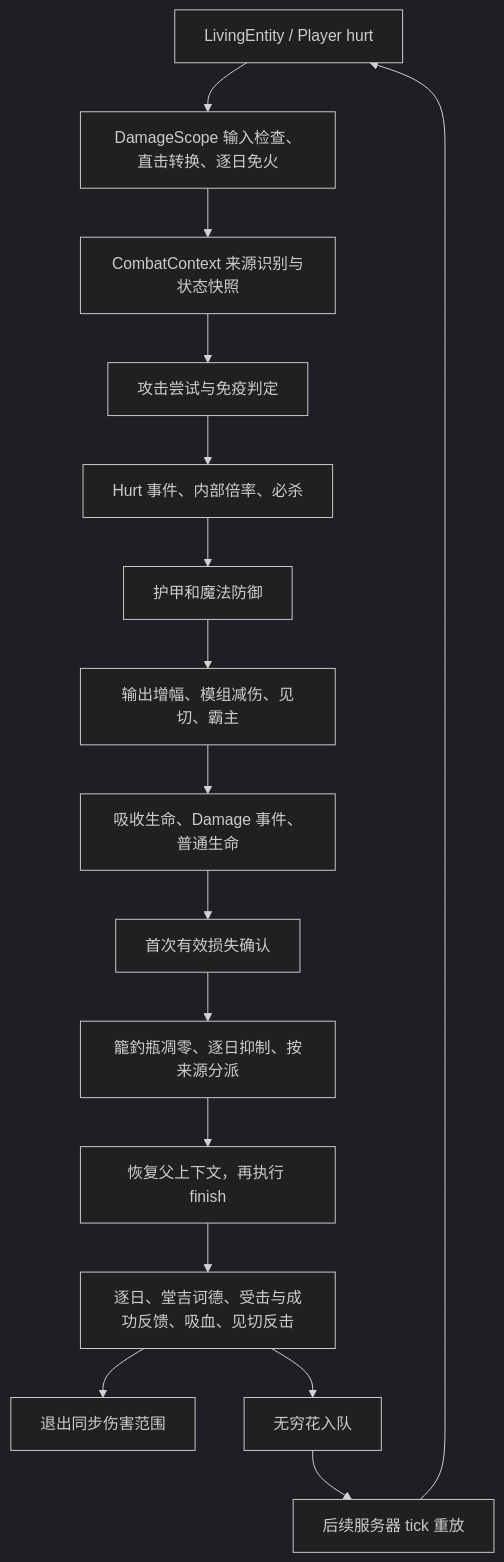
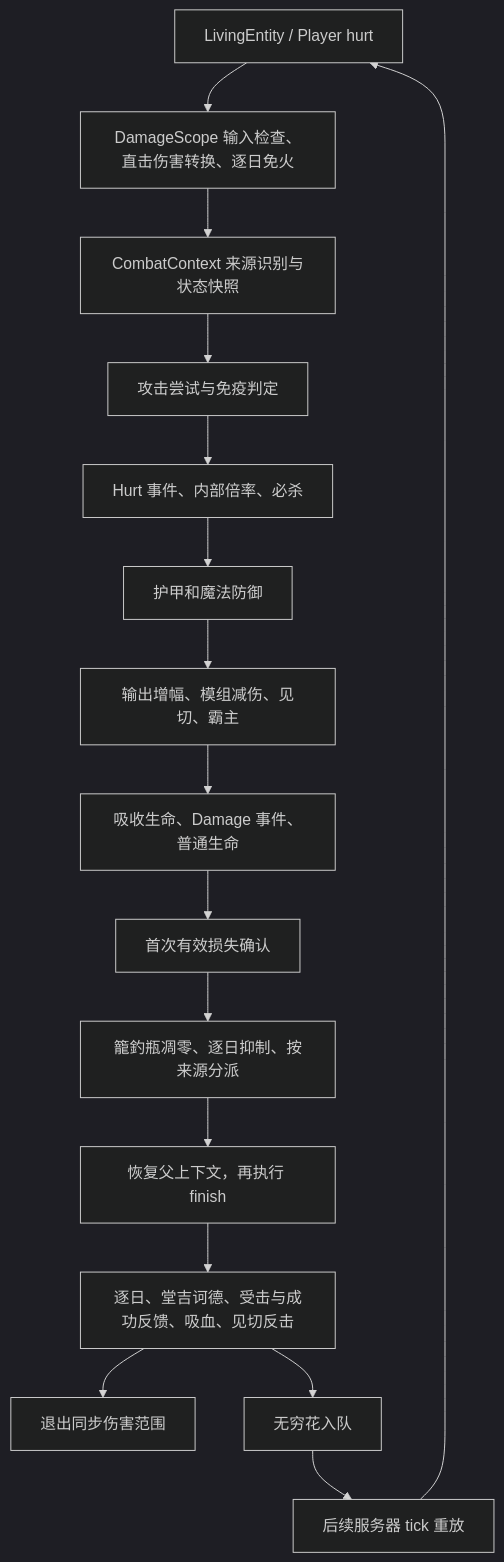
Before and after one commit to 3101516445z-dotcom/The-Long-Travail: the diagram in docs/开发者查阅/伤害结算与追加效果.md, drawn with Mermaid (dark theme). The commit also changed other lines of this file and 175 other files, not shown here.

````diff
--- a/docs/开发者查阅/伤害结算与追加效果.md
+++ b/docs/开发者查阅/伤害结算与追加效果.md
@@ -7,18 +7,18 @@
 ```mermaid
 flowchart TD
-    A[LivingEntity / Player hurt] --> B[DamageScope 输入检查、直击转换、逐日免火]
+    A[LivingEntity / Player hurt] --> B[DamageScope 输入检查、直击伤害转换、逐日免火]
     B --> C[CombatContext 来源识别与状态快照]
     C --> D[攻击尝试与免疫判定]
     D --> E[Hurt 事件、内部倍率、必杀]
     E --> F[护甲和魔法防御]
     F --> G[输出增幅、模组减伤、见切、霸主]
     G --> H[吸收生命、Damage 事件、普通生命]
     H --> I[首次有效损失确认]
     I --> J[籠釣瓶凋零、逐日抑制、按来源分派]
     J --> K[恢复父上下文，再执行 finish]
     K --> L[逐日、堂吉诃德、受击与成功反馈、吸血、见切反击]
     L --> M[退出同步伤害范围]
     L --> N[无穷花入队]
     N --> O[后续服务器 tick 重放]
     O --> A
 ```
````
